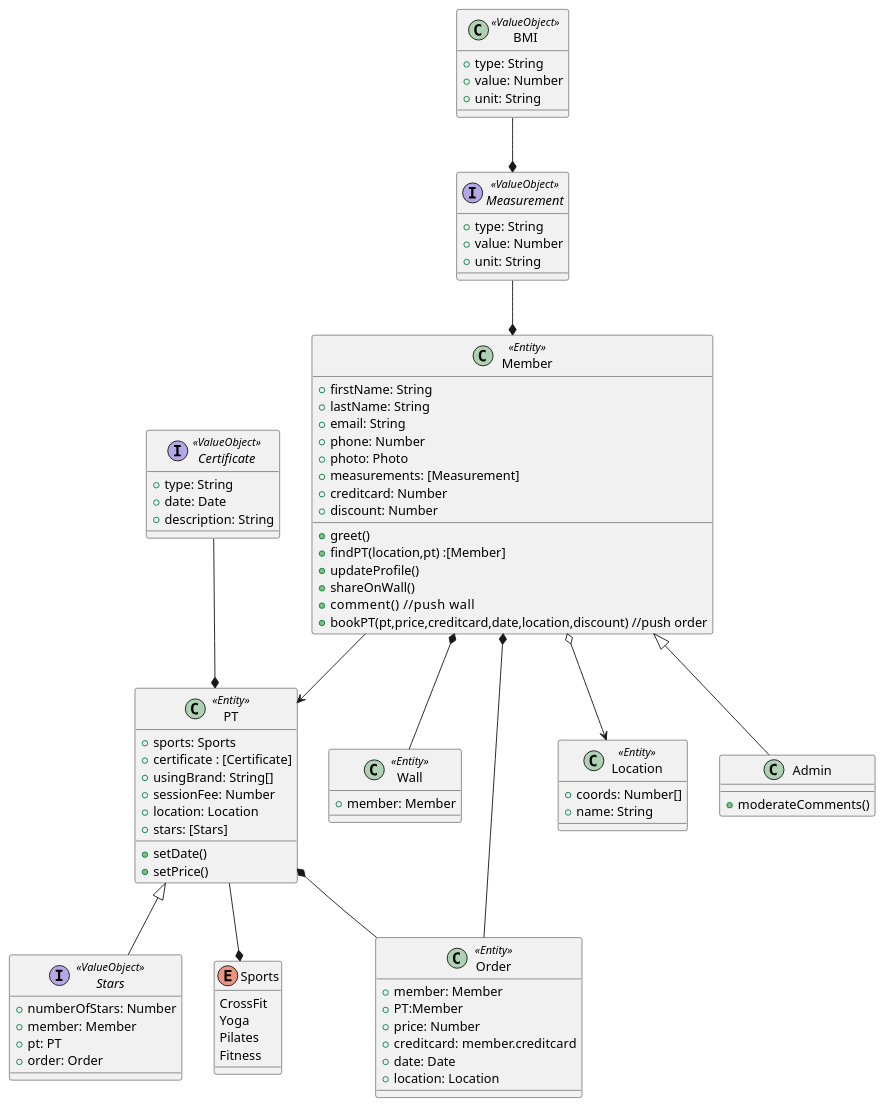
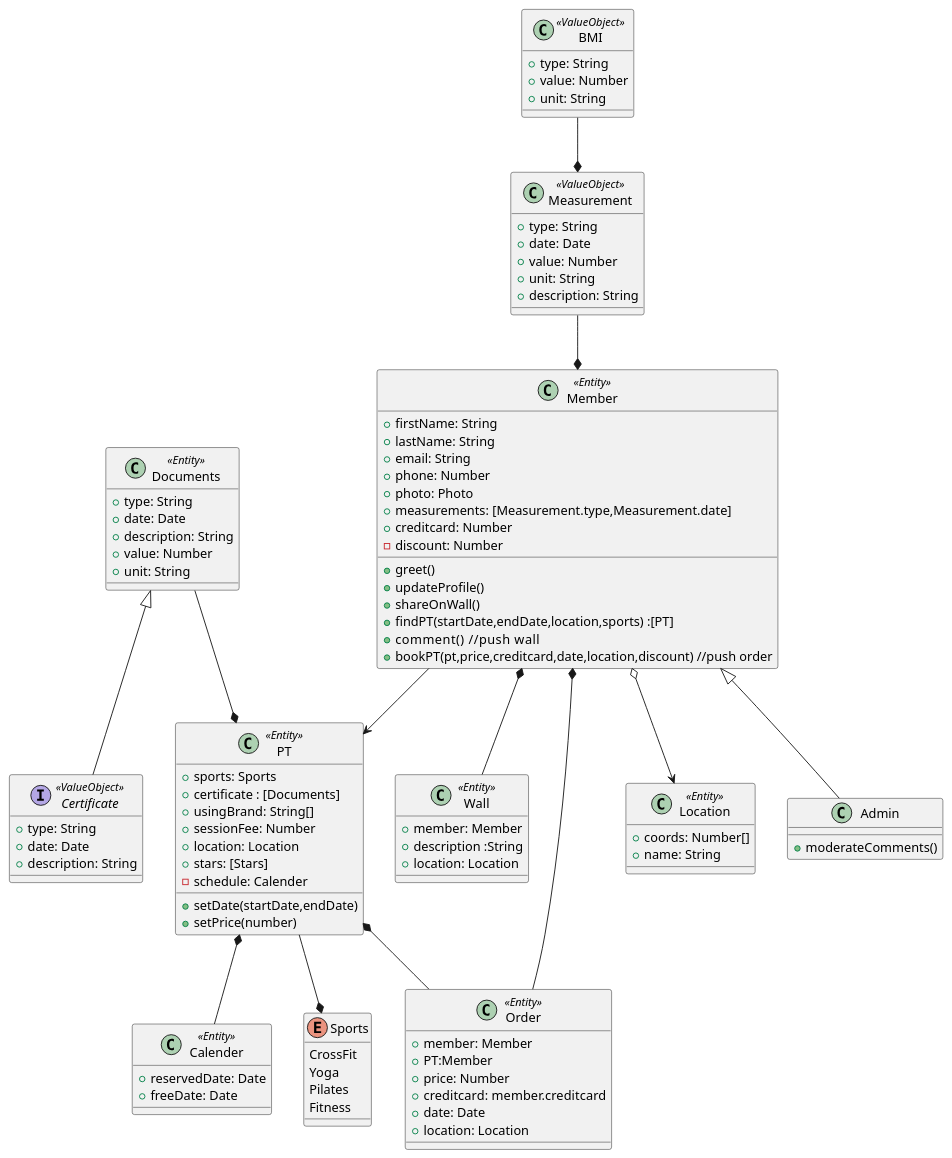
Before and after one commit to aykutmayali/js-nimble: the diagram in class-diagram.puml, drawn with PlantUML. The commit also changed 1 other file, not shown here.

```diff
--- a/class-diagram.puml
+++ b/class-diagram.puml
@@ -1,93 +1,110 @@
 @startuml "Class Diagram"
 class Member <<Entity>>{
     +firstName: String
     +lastName: String
     +email: String
     +phone: Number
     +photo: Photo
-    +measurements: [Measurement]
+    +measurements: [Measurement.type,Measurement.date]
     +creditcard: Number   
-    +discount: Number
-    +greet() 
-    +findPT(location,pt) :[Member]
+    -discount: Number
+    +greet()
     +updateProfile()  
-    +shareOnWall()
+    +shareOnWall()     
+    +findPT(startDate,endDate,location,sports) :[PT]
     +comment()    //push wall
     +bookPT(pt,price,creditcard,date,location,discount) //push order   
 }
 
 class PT<<Entity>>{
     +sports: Sports
-    +certificate : [Certificate]
+    +certificate : [Documents]
     +usingBrand: String[]
     +sessionFee: Number
     +location: Location
     +stars: [Stars]
-    +setDate()
-    +setPrice()
+    -schedule: Calender
+    +setDate(startDate,endDate)
+    +setPrice(number)
 
 }
-
+class Calender<<Entity>>{
+    +reservedDate: Date
+    +freeDate: Date
+}
 class Wall<<Entity>>{
     +member: Member
+    +description :String
+    +location: Location
 }
 class Order<<Entity>>{
     +member: Member
     +PT:Member
     +price: Number
     +creditcard: member.creditcard
     +date: Date
     +location: Location
 }
-interface Measurement <<ValueObject>>{
-    +type: String
-    +value: Number
-    +unit: String
-}
+
 class BMI <<ValueObject>> {
     +type: String
     +value: Number
     +unit: String
 }
-interface Stars<<ValueObject>>{
-    +numberOfStars: Number
-    +member: Member
-    +pt: PT
-    +order: Order
+
+class Documents<<Entity>>{
+    +type: String
+    +date: Date
+    +description: String
+    +value: Number
+    +unit: String
+    }
+
+class Measurement <<ValueObject>>{
+    +type: String
+    +date: Date
+    +value: Number
+    +unit: String
+    +description: String
 }
+
+
 
 interface Certificate <<ValueObject>>{
     +type: String
     +date: Date 
     +description: String 
 }
 
 enum Sports{
     CrossFit
     Yoga
     Pilates
     Fitness
 }
 
 class Location<<Entity>> {
     +coords: Number[]
     +name: String
 }
 
 class Admin {
     +moderateComments()
 }
 
 Admin -up-|> Member
 BMI --* Measurement
 Measurement --* Member
-Certificate --* PT
-Stars -up-|> PT
+Certificate -up-|> Documents
+Documents --*PT
+
 Member o--> Location
 Member --> PT
 Member *-- Wall
 Member *-- Order
 PT *-- Order
+PT*-- Calender
 PT --* Sports
 
+
 @enduml
```
